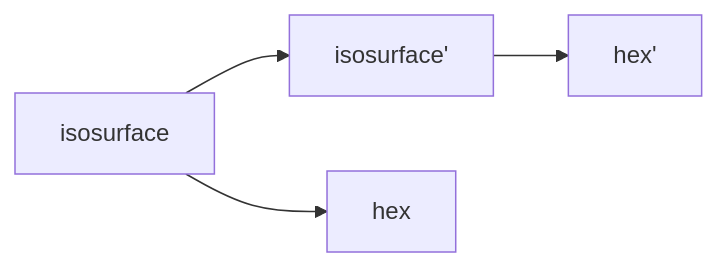
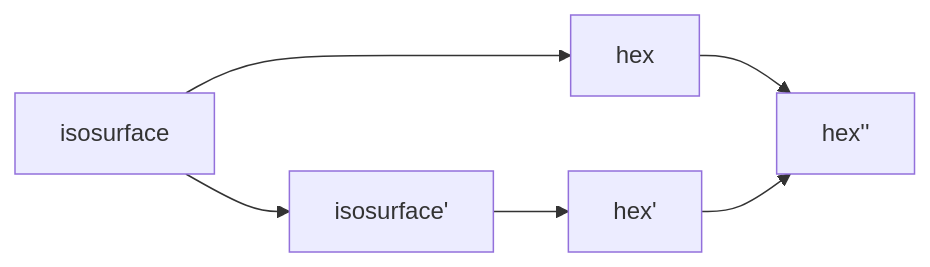
Before and after one commit to sandialabs/sibl: the first of 2 diagrams in geo/doc/cinolib/bunny.md, drawn with Mermaid. The commit also changed other lines of this file, not shown here.

Commit message:
include inp as a hex''

````diff
--- a/geo/doc/cinolib/bunny.md
+++ b/geo/doc/cinolib/bunny.md
@@ -24,6 +24,8 @@
 ```mermaid
   graph LR;
-    isosurface-->isosurface'
-    isosurface'-->hex'
-    isosurface-->hex
+    isosurface --> isosurface'
+    isosurface' --> hex'
+    isosurface --> hex
+    hex --> hex''
+    hex' --> hex''
 ```
````
